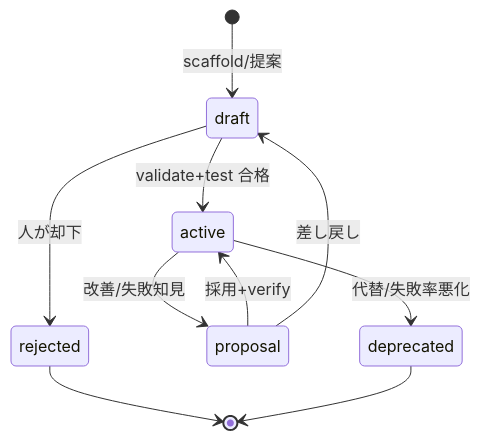
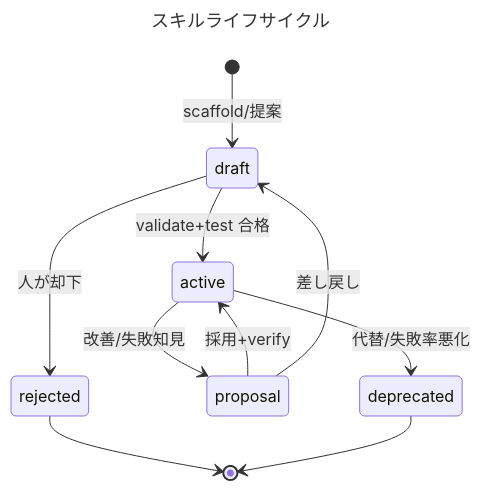
One commit to yamamoto-ryuzo/kasugai_agent changed the ninth of 10 diagrams in README.md. Above: the diagram before and after it, drawn with Mermaid. The commit also changed other lines of this file and 58 other files, not shown here.

First line of the commit message:
パネル機能拡充（i18n・マニュアル配信・git操作・マルチリポジトリ）と src 責務分割、mermaid 図の正本を diagrams/*.mmd に集約

````diff
--- a/README.md
+++ b/README.md
@@ -341,12 +680,15 @@
 ```mermaid
+---
+title: スキルライフサイクル
+---
 stateDiagram-v2
     [*] --> draft : scaffold/提案
     draft --> active : validate+test 合格
     draft --> rejected : 人が却下
     active --> proposal : 改善/失敗知見
     proposal --> active : 採用+verify
     proposal --> draft : 差し戻し
     active --> deprecated : 代替/失敗率悪化
     rejected --> [*]
     deprecated --> [*]
 ```
````
